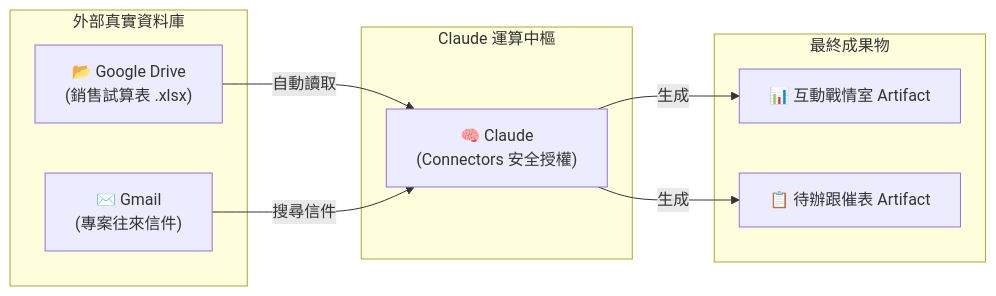
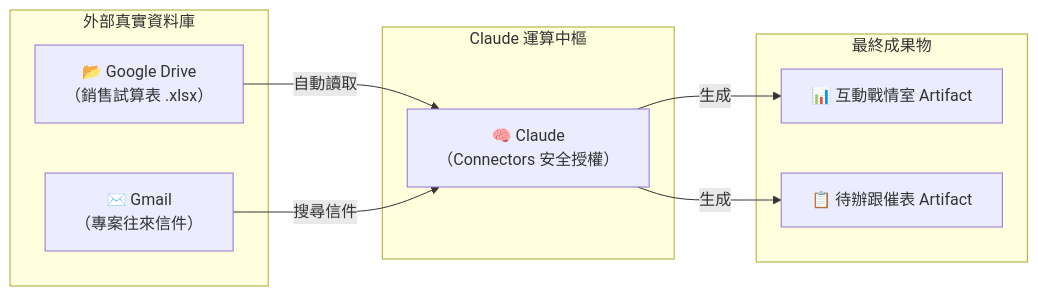
Before and after one commit to roberthsu2003/workflow-productivity: the diagram in Claude_ai/Artifacts/Guide/03_External_Connectors.md, drawn with Mermaid.

````diff
--- a/Claude_ai/Artifacts/Guide/03_External_Connectors.md
+++ b/Claude_ai/Artifacts/Guide/03_External_Connectors.md
@@ -32,19 +32,21 @@
 ```mermaid
 graph LR
     subgraph 外部真實資料庫
-        GD["📂 Google Drive<br/>(銷售試算表 .xlsx)"]
-        GM["✉️ Gmail<br/>(專案往來信件)"]
+        GD["📂 Google Drive<br/>（銷售試算表 .xlsx）"]
+        GM["✉️ Gmail<br/>（專案往來信件）"]
     end
 
     subgraph Claude 運算中樞
-        C["🧠 Claude<br/>(Connectors 安全授權)"]
+        C["🧠 Claude<br/>（Connectors 安全授權）"]
     end
 
     subgraph 最終成果物
         A1["📊 互動戰情室 Artifact"]
         A2["📋 待辦跟催表 Artifact"]
     end
 
-    GD -->|自動讀取| C -->|生成| A1
-    GM -->|搜尋信件| C -->|生成| A2
+    GD -->|自動讀取| C
+    C -->|生成| A1
+    GM -->|搜尋信件| C
+    C -->|生成| A2
 ```
````
